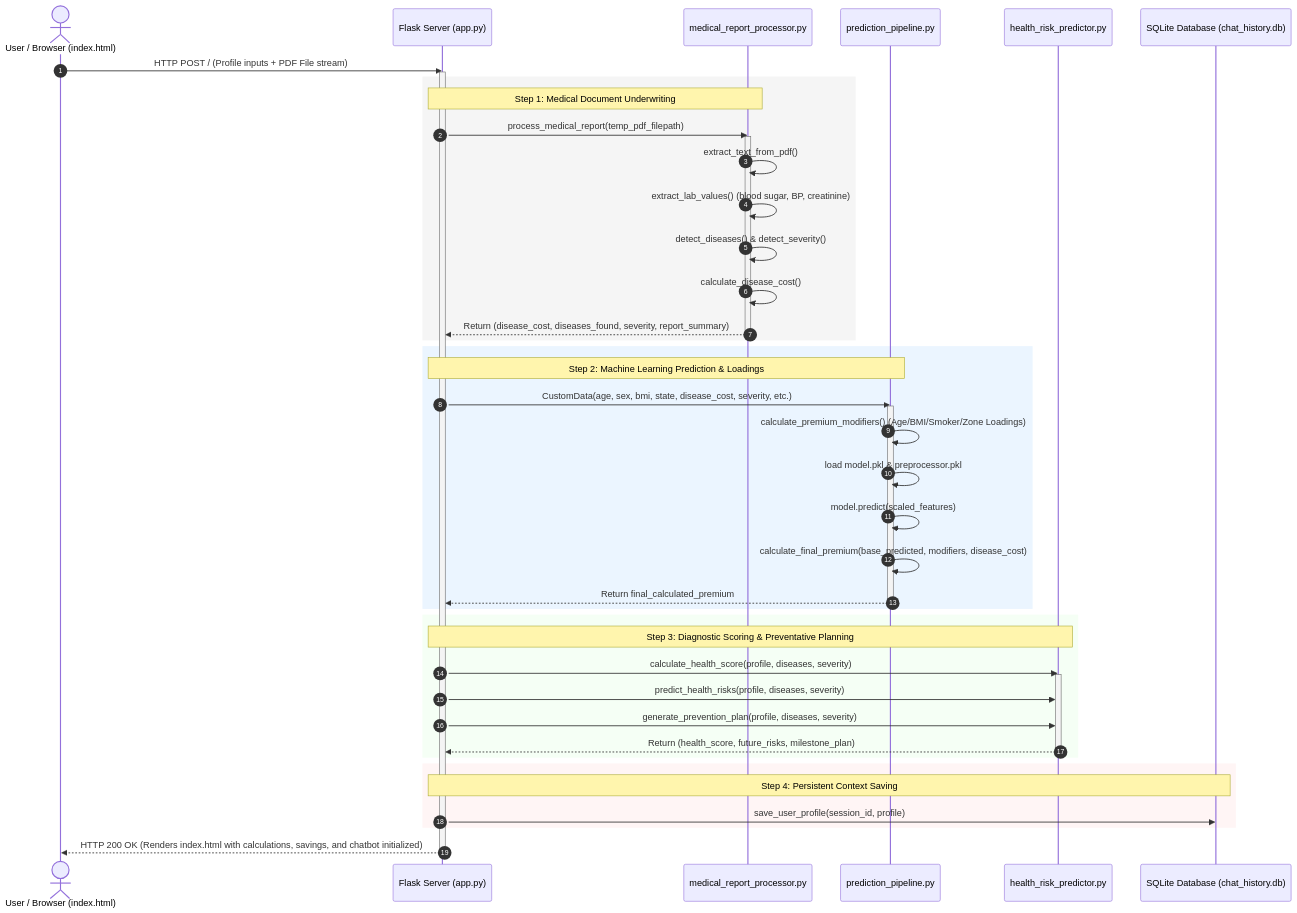
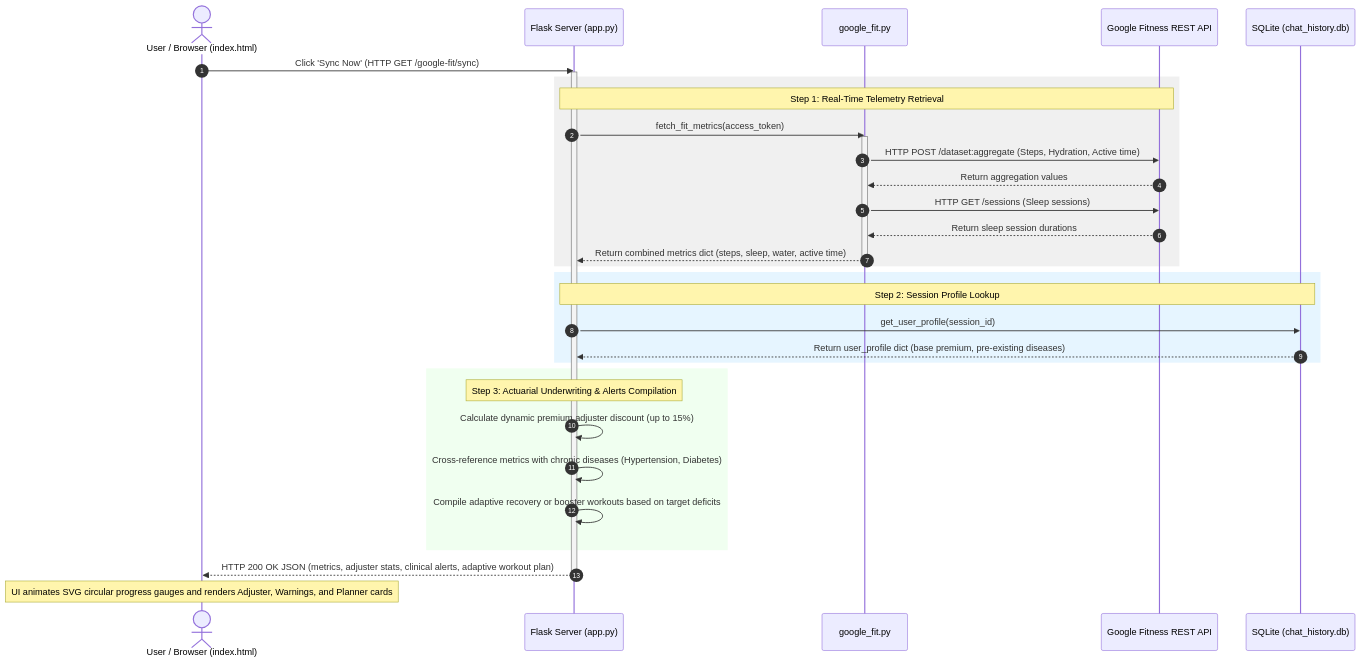
One commit to Jashwanth1827/MediSecure-AI changed the third of 3 diagrams in UML_DIAGRAMS.md. Above: the diagram before and after it, drawn with Mermaid. The commit also changed other lines of this file and 3 other files, not shown here.

Commit message:
docs: Update README, architecture guide, project report, and UML diagrams for Google Fit dynamic modules

````diff
--- a/UML_DIAGRAMS.md
+++ b/UML_DIAGRAMS.md
@@ -116,55 +115,42 @@
 ```mermaid
 sequenceDiagram
     autonumber
     actor User as User / Browser (index.html)
     participant App as Flask Server (app.py)
-    participant PDF as medical_report_processor.py
-    participant Pipeline as prediction_pipeline.py
-    participant Risk as health_risk_predictor.py
-    participant DB as SQLite Database (chat_history.db)
+    participant Fit as google_fit.py
+    participant FitAPI as Google Fitness REST API
+    participant DB as SQLite (chat_history.db)
 
-    User->>App: HTTP POST / (Profile inputs + PDF File stream)
+    User->>App: Click 'Sync Now' (HTTP GET /google-fit/sync)
     activate App
     
-    rect rgb(245, 245, 245)
-        Note over App, PDF: Step 1: Medical Document Underwriting
-        App->>PDF: process_medical_report(temp_pdf_filepath)
-        activate PDF
-        PDF->>PDF: extract_text_from_pdf()
-        PDF->>PDF: extract_lab_values() (blood sugar, BP, creatinine)
-        PDF->>PDF: detect_diseases() & detect_severity()
-        PDF->>PDF: calculate_disease_cost()
-        PDF-->>App: Return (disease_cost, diseases_found, severity, report_summary)
-        deactivate PDF
+    rect rgb(240, 240, 240)
+        Note over App, FitAPI: Step 1: Real-Time Telemetry Retrieval
+        App->>Fit: fetch_fit_metrics(access_token)
+        activate Fit
+        Fit->>FitAPI: HTTP POST /dataset:aggregate (Steps, Hydration, Active time)
+        FitAPI-->>Fit: Return aggregation values
+        Fit->>FitAPI: HTTP GET /sessions (Sleep sessions)
+        FitAPI-->>Fit: Return sleep session durations
+        Fit-->>App: Return combined metrics dict (steps, sleep, water, active time)
+        deactivate Fit
     end
 
-    rect rgb(235, 245, 255)
-        Note over App, Pipeline: Step 2: Machine Learning Prediction & Loadings
-        App->>Pipeline: CustomData(age, sex, bmi, state, disease_cost, severity, etc.)
-        activate Pipeline
-        Pipeline->>Pipeline: calculate_premium_modifiers() (Age/BMI/Smoker/Zone Loadings)
-        Pipeline->>Pipeline: load model.pkl & preprocessor.pkl
-        Pipeline->>Pipeline: model.predict(scaled_features)
-        Pipeline->>Pipeline: calculate_final_premium(base_predicted, modifiers, disease_cost)
-        Pipeline-->>App: Return final_calculated_premium
-        deactivate Pipeline
+    rect rgb(230, 245, 255)
+        Note over App, DB: Step 2: Session Profile Lookup
+        App->>DB: get_user_profile(session_id)
+        DB-->>App: Return user_profile dict (base premium, pre-existing diseases)
     end
 
-    rect rgb(245, 255, 245)
-        Note over App, Risk: Step 3: Diagnostic Scoring & Preventative Planning
-        App->>Risk: calculate_health_score(profile, diseases, severity)
-        activate Risk
-        App->>Risk: predict_health_risks(profile, diseases, severity)
-        App->>Risk: generate_prevention_plan(profile, diseases, severity)
-        Risk-->>App: Return (health_score, future_risks, milestone_plan)
-        deactivate Risk
+    rect rgb(240, 255, 240)
+        Note over App, App: Step 3: Actuarial Underwriting & Alerts Compilation
+        App->>App: Calculate dynamic premium adjuster discount (up to 15%)
+        App->>App: Cross-reference metrics with chronic diseases (Hypertension, Diabetes)
+        App->>App: Compile adaptive recovery or booster workouts based on target deficits
     end
 
-    rect rgb(255, 245, 245)
-        Note over App, DB: Step 4: Persistent Context Saving
-        App->>DB: save_user_profile(session_id, profile)
-    end
-
-    App-->>User: HTTP 200 OK (Renders index.html with calculations, savings, and chatbot initialized)
+    App-->>User: HTTP 200 OK JSON (metrics, adjuster stats, clinical alerts, adaptive workout plan)
     deactivate App
+    
+    Note over User: UI animates SVG circular progress gauges and renders Adjuster, Warnings, and Planner cards
 ```
````
